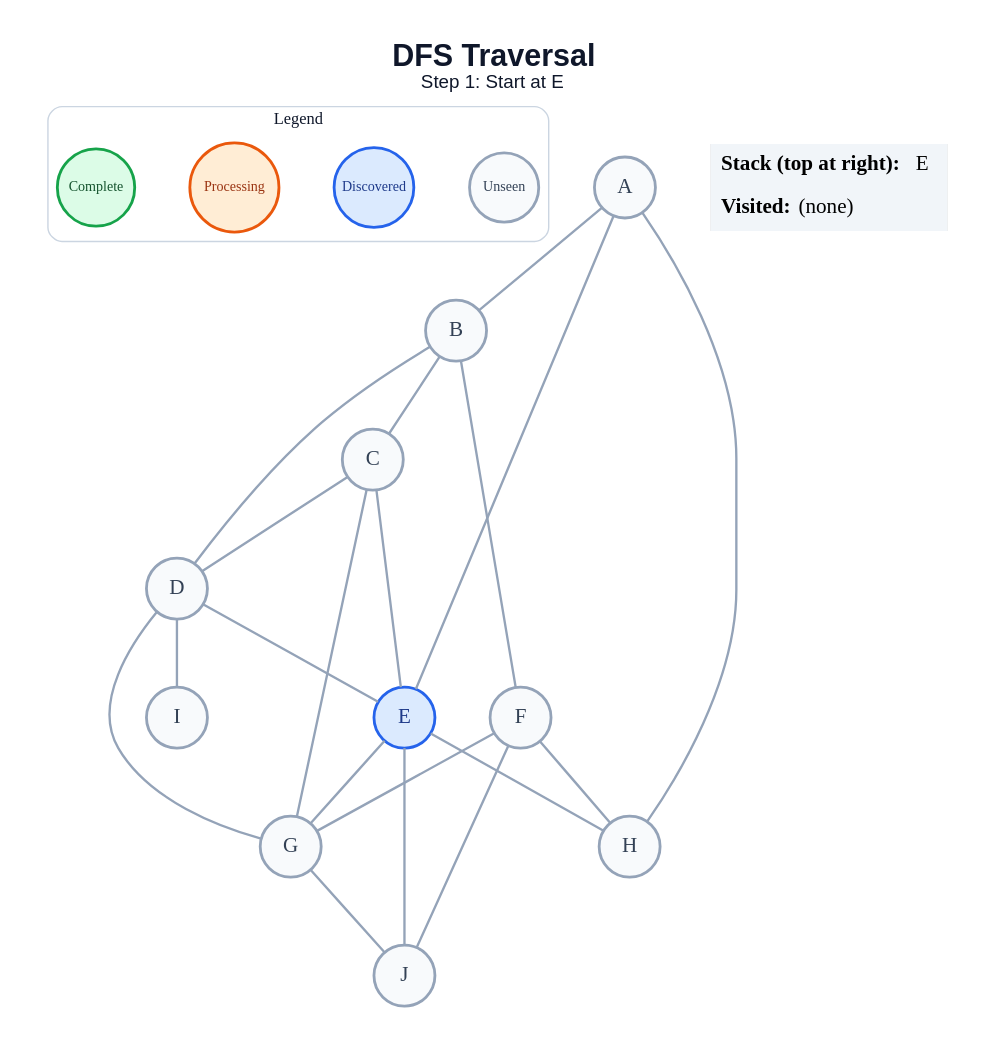
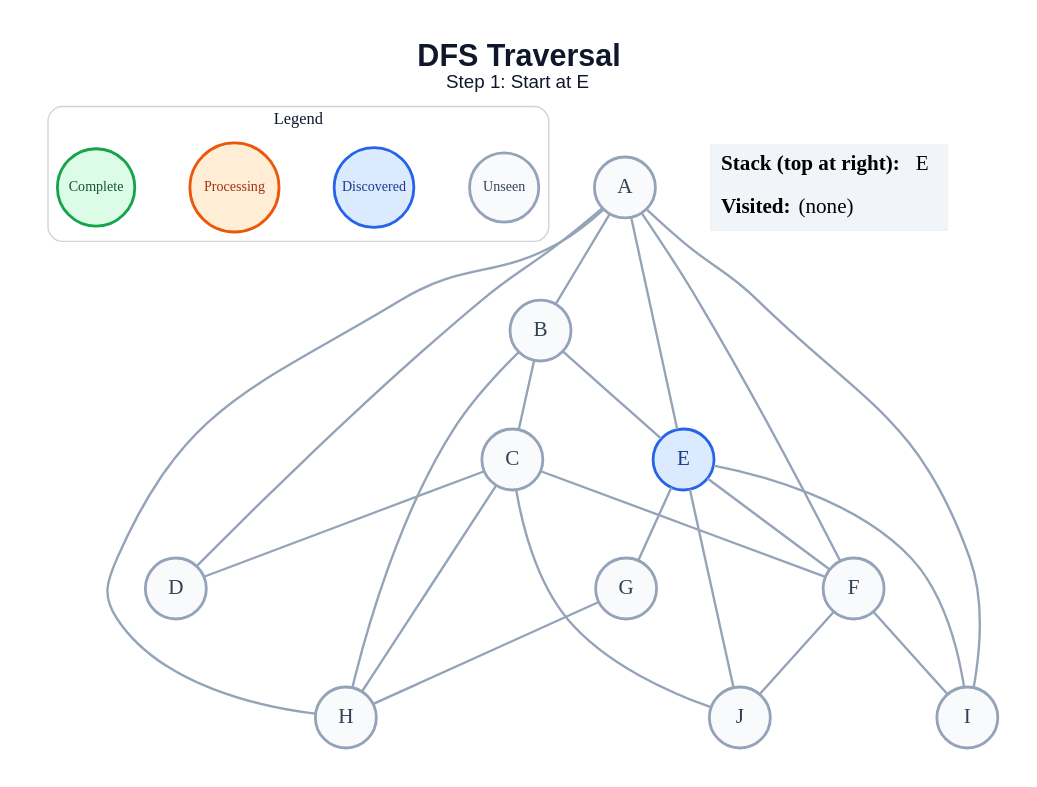
The diagram in generated/specific-node/dfs/step_01.dot (amanghodawala9/ai-slop), drawn with Graphviz before and after one commit. The commit also changed 178 other files, not shown here.

```diff
--- a/generated/specific-node/dfs/step_01.dot
+++ b/generated/specific-node/dfs/step_01.dot
@@ -1,48 +1,49 @@
 graph traversal {
   graph [layout=dot, rankdir=TB, bgcolor="#FFFFFF", pad="0.35", nodesep="0.65", ranksep="0.8", fontname="Arial"];
   node [shape=circle, style="filled", fontname="Arial Bold", fontsize=18, width=0.72, fixedsize=true, penwidth=2.4];
   edge [color="#94A3B8", penwidth=2.0];
   label=<<B>DFS Traversal</B><BR/><FONT POINT-SIZE="16">Step 1: Start at E</FONT>>; labelloc="t"; fontsize=26; fontname="Arial"; fontcolor="#0F172A";
   subgraph cluster_legend { label="Legend"; color="#CBD5E1"; penwidth=1.2; style="rounded"; fontsize=14; fontname="Arial Bold";
     key_unseen [label="Unseen", fillcolor="#F8FAFC", color="#94A3B8", fontcolor="#334155", fontsize=12, width=0.82];
     key_frontier [label="Discovered", fillcolor="#DBEAFE", color="#2563EB", fontcolor="#1E3A8A", fontsize=12, width=0.95];
     key_current [label="Processing", fillcolor="#FFEDD5", color="#EA580C", fontcolor="#9A3412", fontsize=12, width=1.05];
     key_done [label="Complete", fillcolor="#DCFCE7", color="#16A34A", fontcolor="#14532D", fontsize=12, width=0.92];
     { rank=same; key_unseen; key_frontier; key_current; key_done; }
   }
   A [fillcolor="#F8FAFC", color="#94A3B8", fontcolor="#334155"];
   B [fillcolor="#F8FAFC", color="#94A3B8", fontcolor="#334155"];
   C [fillcolor="#F8FAFC", color="#94A3B8", fontcolor="#334155"];
   D [fillcolor="#F8FAFC", color="#94A3B8", fontcolor="#334155"];
   E [fillcolor="#DBEAFE", color="#2563EB", fontcolor="#1E3A8A"];
   F [fillcolor="#F8FAFC", color="#94A3B8", fontcolor="#334155"];
   G [fillcolor="#F8FAFC", color="#94A3B8", fontcolor="#334155"];
   H [fillcolor="#F8FAFC", color="#94A3B8", fontcolor="#334155"];
   I [fillcolor="#F8FAFC", color="#94A3B8", fontcolor="#334155"];
   J [fillcolor="#F8FAFC", color="#94A3B8", fontcolor="#334155"];
   A -- B;
+  A -- D;
   A -- E;
+  A -- F;
   A -- H;
+  A -- I;
   B -- C;
-  B -- D;
-  B -- F;
+  B -- E;
+  B -- H;
   C -- D;
-  C -- E;
-  C -- G;
-  D -- E;
-  D -- G;
-  D -- I;
+  C -- F;
+  C -- H;
+  C -- J;
+  E -- F;
   E -- G;
-  E -- H;
+  E -- I;
   E -- J;
-  F -- G;
-  F -- H;
+  F -- I;
   F -- J;
-  G -- J;
+  G -- H;
   status [shape=plain, fixedsize=false, width=0, height=0, margin=0, label=<
     <TABLE BORDER="0" CELLBORDER="0" CELLPADDING="7" BGCOLOR="#F1F5F9">
       <TR><TD ALIGN="LEFT"><B>Stack (top at right):</B> E</TD></TR>
       <TR><TD ALIGN="LEFT"><B>Visited:</B> (none)</TD></TR>
     </TABLE>
   >];
 }
```
